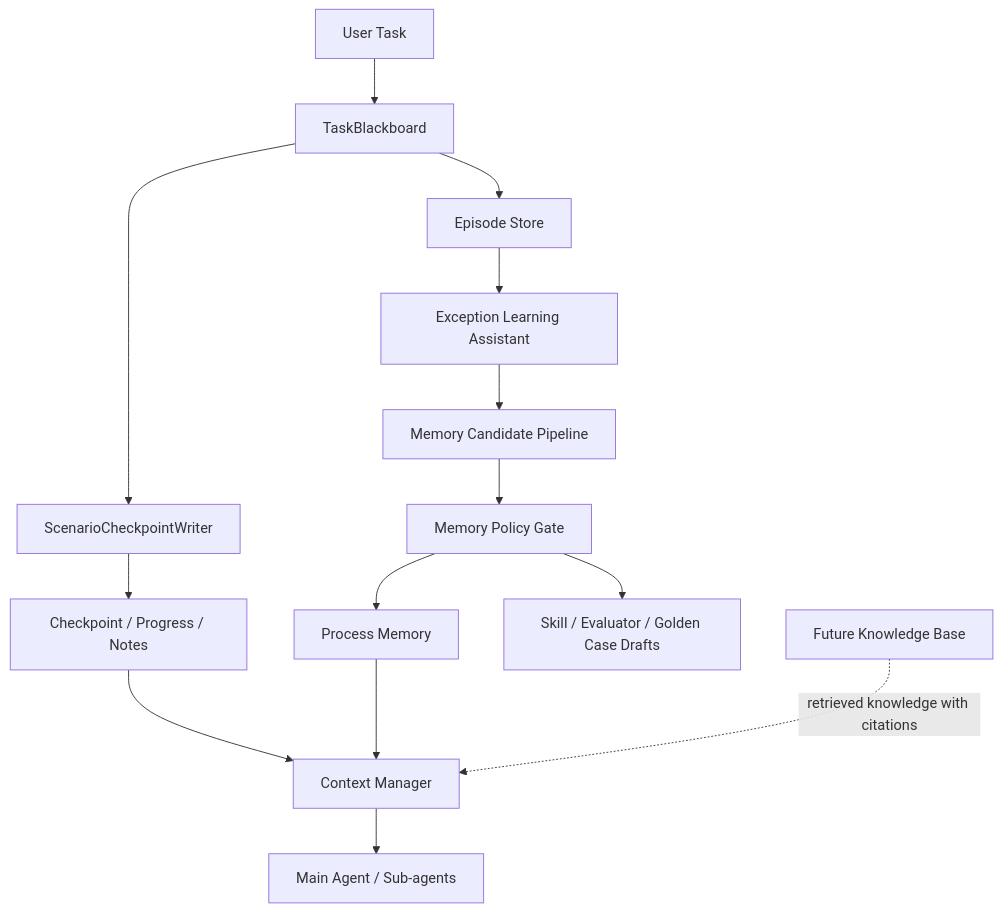
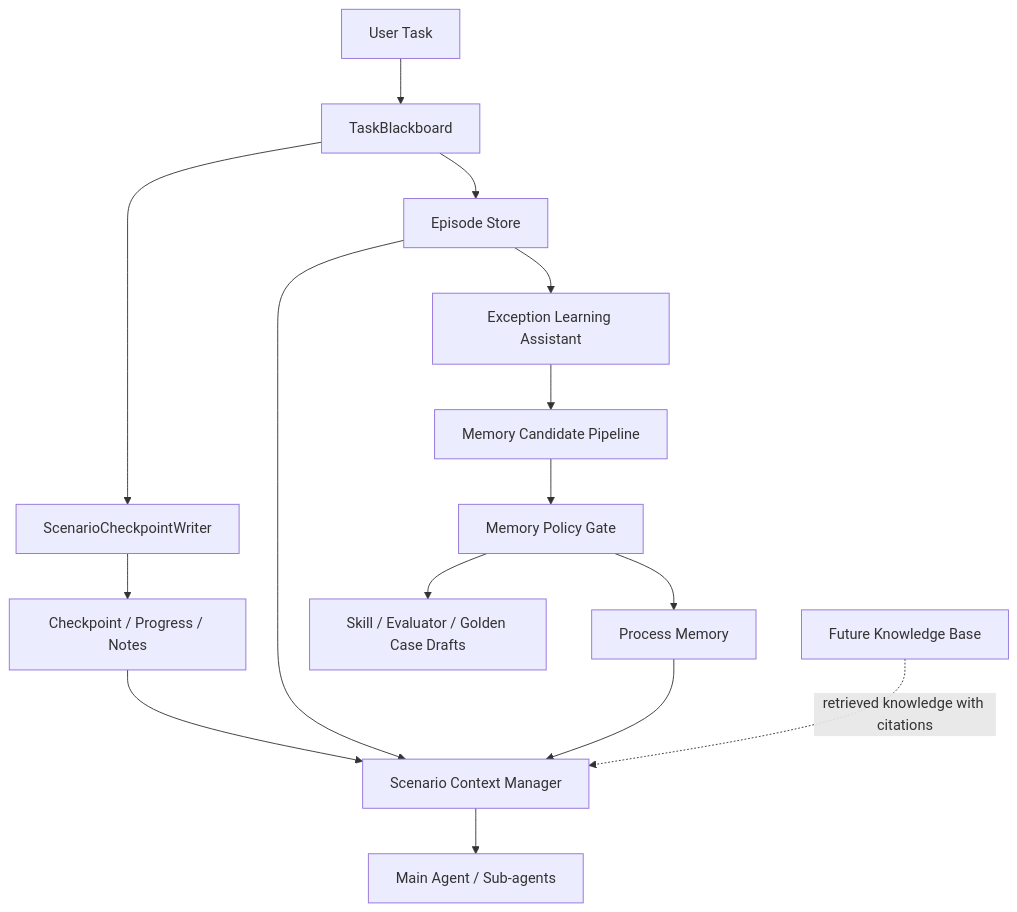
One commit to zhoulingquan/agentx changed the first of 2 diagrams in docs/superpowers/specs/2026-06-11-powerbanana-memory-system-design.md. Above: the diagram before and after it, drawn with Mermaid. The commit also changed other lines of this file and 1 other file, not shown here.

Commit message:
Add scenario context manager design

````diff
--- a/docs/superpowers/specs/2026-06-11-powerbanana-memory-system-design.md
+++ b/docs/superpowers/specs/2026-06-11-powerbanana-memory-system-design.md
@@ -93,16 +93,17 @@
 ```mermaid
 flowchart TD
     U["User Task"] --> BB["TaskBlackboard"]
     BB --> CW["ScenarioCheckpointWriter"]
     CW --> CP["Checkpoint / Progress / Notes"]
     BB --> ES["Episode Store"]
     ES --> EL["Exception Learning Assistant"]
     EL --> MC["Memory Candidate Pipeline"]
     MC --> MP["Memory Policy Gate"]
     MP --> PM["Process Memory"]
     MP --> DC["Skill / Evaluator / Golden Case Drafts"]
-    CP --> CTX["Context Manager"]
+    CP --> CTX["Scenario Context Manager"]
+    ES --> CTX
     PM --> CTX
     CTX --> AG["Main Agent / Sub-agents"]
     KB["Future Knowledge Base"] -. "retrieved knowledge with citations" .-> CTX
 ```
````
